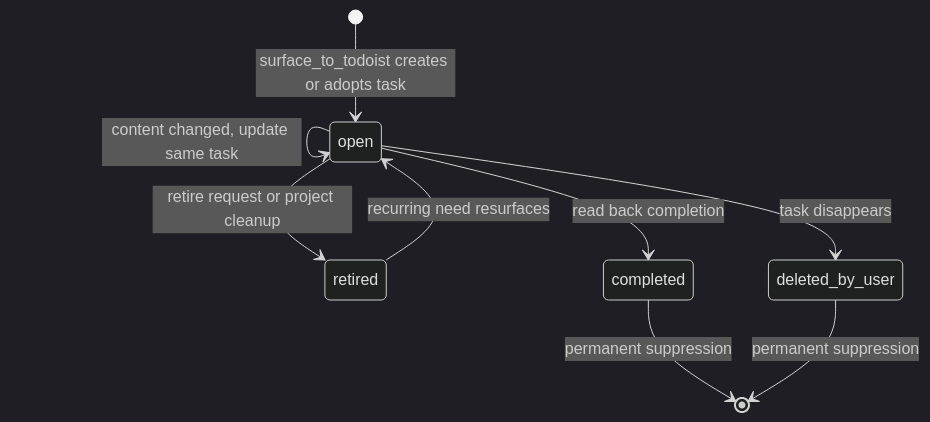
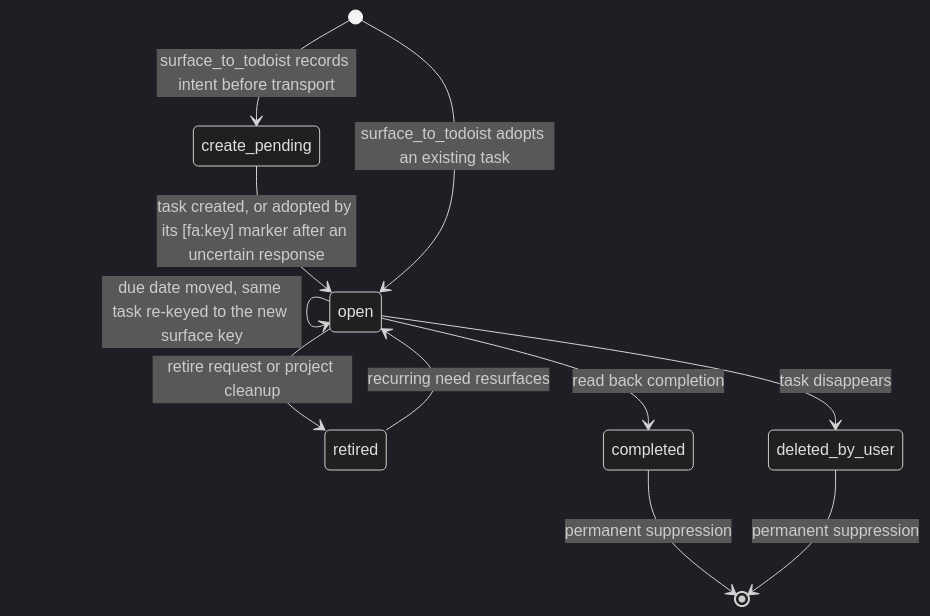
Before and after one commit to albeorla/personal-finance-agent: the eighth of 11 diagrams in docs/diagrams.md, drawn with Mermaid (dark theme). The commit also changed other lines of this file and 3 other files, not shown here.

````diff
--- a/docs/diagrams.md
+++ b/docs/diagrams.md
@@ -541,11 +541,14 @@
 ```mermaid
 stateDiagram-v2
-    [*] --> open: surface_to_todoist creates or adopts task
+    [*] --> create_pending: surface_to_todoist records intent before transport
+    create_pending --> open: task created, or adopted by its [fa:key] marker after an uncertain response
+    [*] --> open: surface_to_todoist adopts an existing task
     open --> open: content changed, update same task
+    open --> open: due date moved, same task re-keyed to the new surface key
     open --> completed: read back completion
     open --> deleted_by_user: task disappears
     open --> retired: retire request or project cleanup
     retired --> open: recurring need resurfaces
     completed --> [*]: permanent suppression
     deleted_by_user --> [*]: permanent suppression
 ```
````
